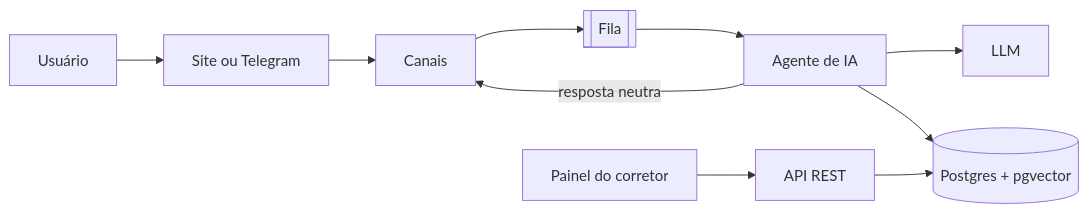
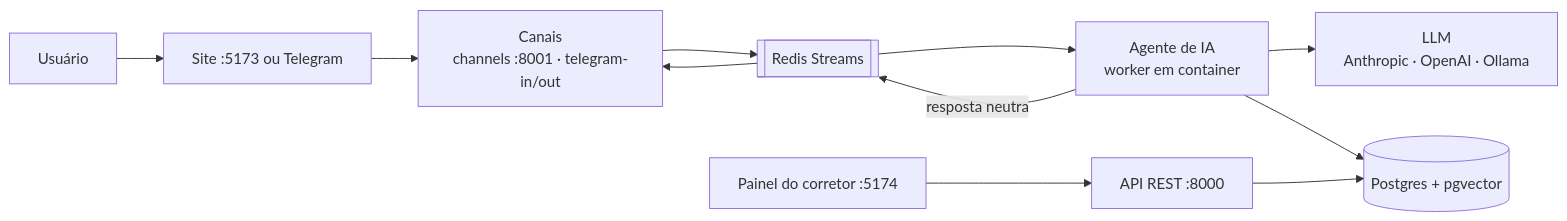
The diagram in docs/index.md (marcosvrc/agent-sdr-imoveis-mora), drawn with Mermaid before and after one commit. The commit also changed other lines of this file and 188 other files, not shown here.

````diff
--- a/docs/index.md
+++ b/docs/index.md
@@ -83,12 +83,13 @@
 ```mermaid
 flowchart LR
-    U[Usuário] --> SITE[Site ou Telegram]
-    SITE --> CH[Canais]
-    CH --> Q[[Fila]]
-    Q --> AGENT[Agente de IA]
-    AGENT --> LLM[LLM]
+    U[Usuário] --> SITE[Site :5173 ou Telegram]
+    SITE --> CH[Canais<br/>channels :8001 · telegram-in/out]
+    CH --> Q[[Redis Streams]]
+    Q --> AGENT[Agente de IA<br/>worker em container]
+    AGENT --> LLM[LLM<br/>Anthropic · OpenAI · Ollama]
     AGENT --> DATA[(Postgres + pgvector)]
-    AGENT -->|resposta neutra| CH
-    DASH[Painel do corretor] --> API[API REST]
+    AGENT -->|resposta neutra| Q
+    Q --> CH
+    DASH[Painel do corretor :5174] --> API[API REST :8000]
     API --> DATA
 ```
````
